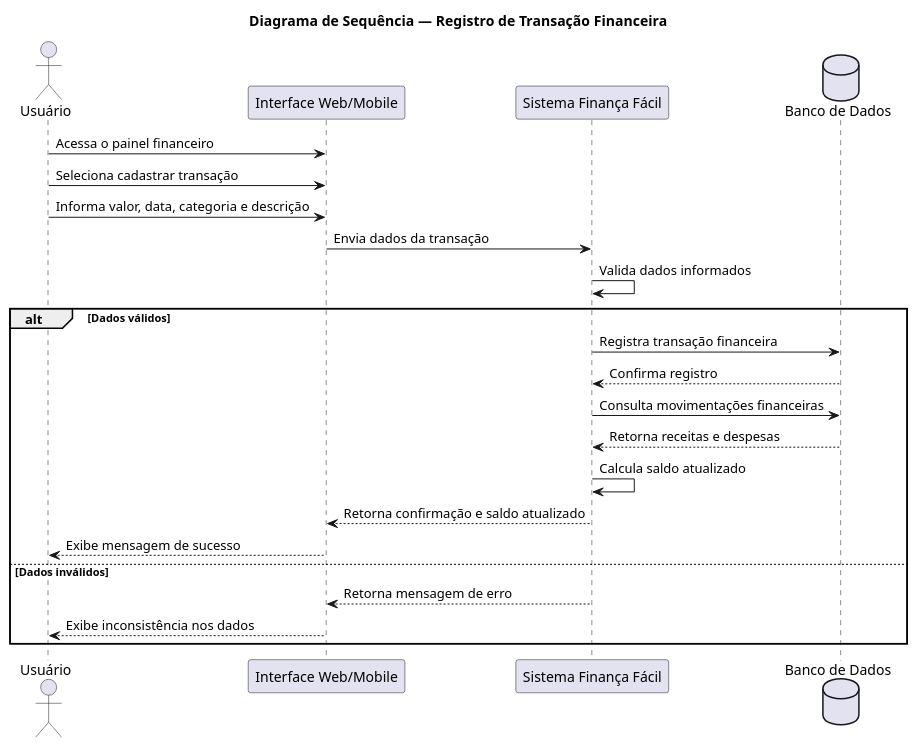
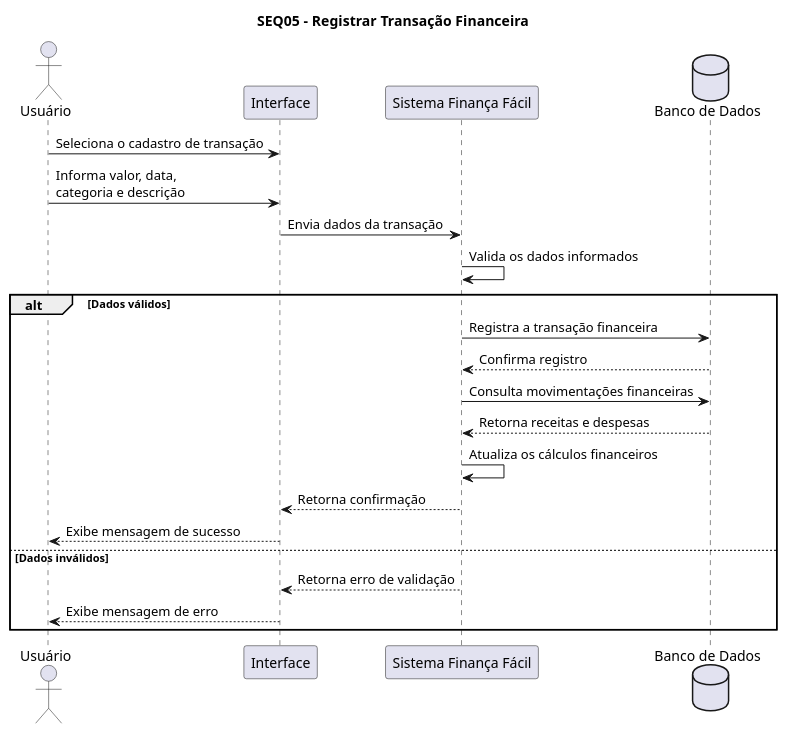
Before and after one commit to Nathan-Edu/Financa-Facil: the diagram in docs/modelagem/sequencia/registro-transacao.puml, drawn with PlantUML.

Commit message:
Update sequence diagram for financial transaction

```diff
--- a/docs/modelagem/sequencia/registro-transacao.puml
+++ b/docs/modelagem/sequencia/registro-transacao.puml
@@ -1,27 +1,29 @@
 @startuml
-title Diagrama de Sequência — Registro de Transação Financeira
+
+title SEQ05 - Registrar Transação Financeira
 
 actor "Usuário" as Usuario
-participant "Interface Web/Mobile" as Interface
+participant "Interface" as Interface
 participant "Sistema Finança Fácil" as Sistema
 database "Banco de Dados" as Banco
 
-Usuario -> Interface: Acessa o painel financeiro
-Usuario -> Interface: Seleciona cadastrar transação
-Usuario -> Interface: Informa valor, data, categoria e descrição
+Usuario -> Interface: Seleciona o cadastro de transação
+Usuario -> Interface: Informa valor, data,\ncategoria e descrição
 Interface -> Sistema: Envia dados da transação
-Sistema -> Sistema: Valida dados informados
+Sistema -> Sistema: Valida os dados informados
 
 alt Dados válidos
-    Sistema -> Banco: Registra transação financeira
+    Sistema -> Banco: Registra a transação financeira
     Banco --> Sistema: Confirma registro
     Sistema -> Banco: Consulta movimentações financeiras
     Banco --> Sistema: Retorna receitas e despesas
-    Sistema -> Sistema: Calcula saldo atualizado
-    Sistema --> Interface: Retorna confirmação e saldo atualizado
+    Sistema -> Sistema: Atualiza os cálculos financeiros
+    Sistema --> Interface: Retorna confirmação
     Interface --> Usuario: Exibe mensagem de sucesso
+
 else Dados inválidos
-    Sistema --> Interface: Retorna mensagem de erro
-    Interface --> Usuario: Exibe inconsistência nos dados
+    Sistema --> Interface: Retorna erro de validação
+    Interface --> Usuario: Exibe mensagem de erro
 end
+
 @enduml
```
